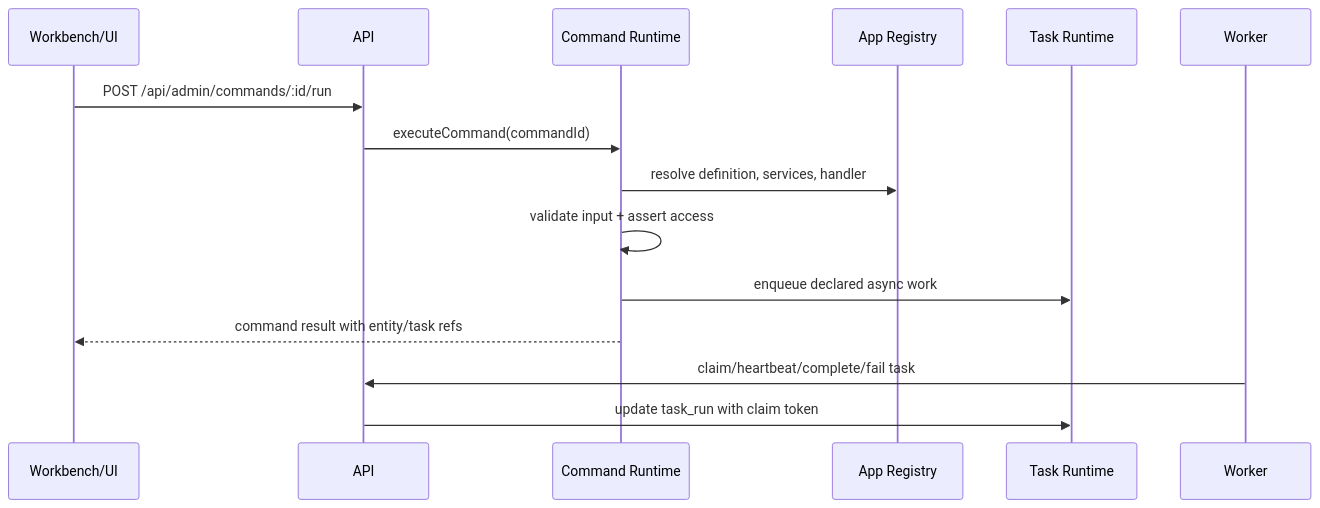
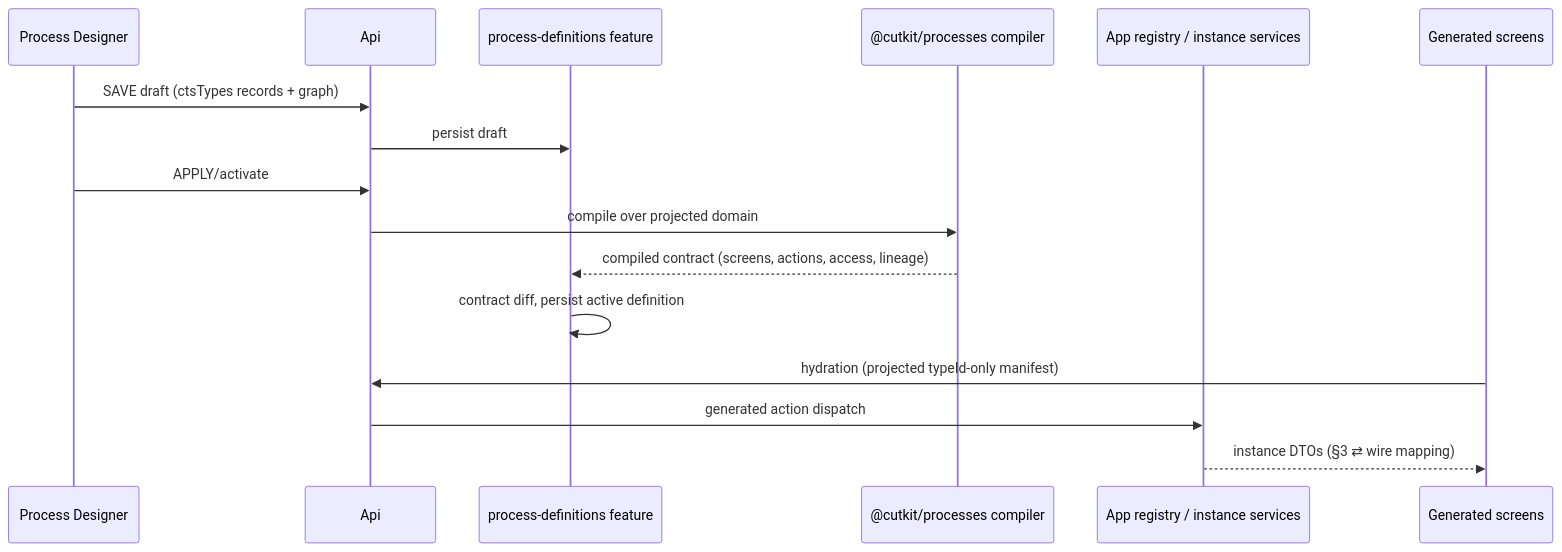
The second of 2 diagrams in docs/SYSTEM_ARCHITECTURE.md (Perigram/perigram), drawn with Mermaid before and after one commit. The commit also changed other lines of this file and 4 other files, not shown here.

First line of the commit message:
neo: system docs describe the CTS reality — packs, projection, instance services

````diff
--- a/docs/SYSTEM_ARCHITECTURE.md
+++ b/docs/SYSTEM_ARCHITECTURE.md
@@ -101,18 +85,19 @@
 ```mermaid
 sequenceDiagram
-  participant UI as Workbench/UI
-  participant API
-  participant Cmd as Command Runtime
-  participant Reg as App Registry
-  participant Task as Task Runtime
-  participant Worker
+  participant D as Process Designer
+  participant Api
+  participant PD as process-definitions feature
+  participant C as @cutkit/processes compiler
+  participant R as App registry / instance services
+  participant UI as Generated screens
 
-  UI->>API: POST /api/admin/commands/:id/run
-  API->>Cmd: executeCommand(commandId)
-  Cmd->>Reg: resolve definition, services, handler
-  Cmd->>Cmd: validate input + assert access
-  Cmd->>Task: enqueue declared async work
-  Cmd-->>UI: command result with entity/task refs
-  Worker->>API: claim/heartbeat/complete/fail task
-  API->>Task: update task_run with claim token
+  D->>Api: SAVE draft (ctsTypes records + graph)
+  Api->>PD: persist draft
+  D->>Api: APPLY/activate
+  Api->>C: compile over projected domain
+  C-->>PD: compiled contract (screens, actions, access, lineage)
+  PD->>PD: contract diff, persist active definition
+  UI->>Api: hydration (projected typeId-only manifest)
+  Api->>R: generated action dispatch
+  R-->>UI: instance DTOs (§3 ⇄ wire mapping)
 ```
````
